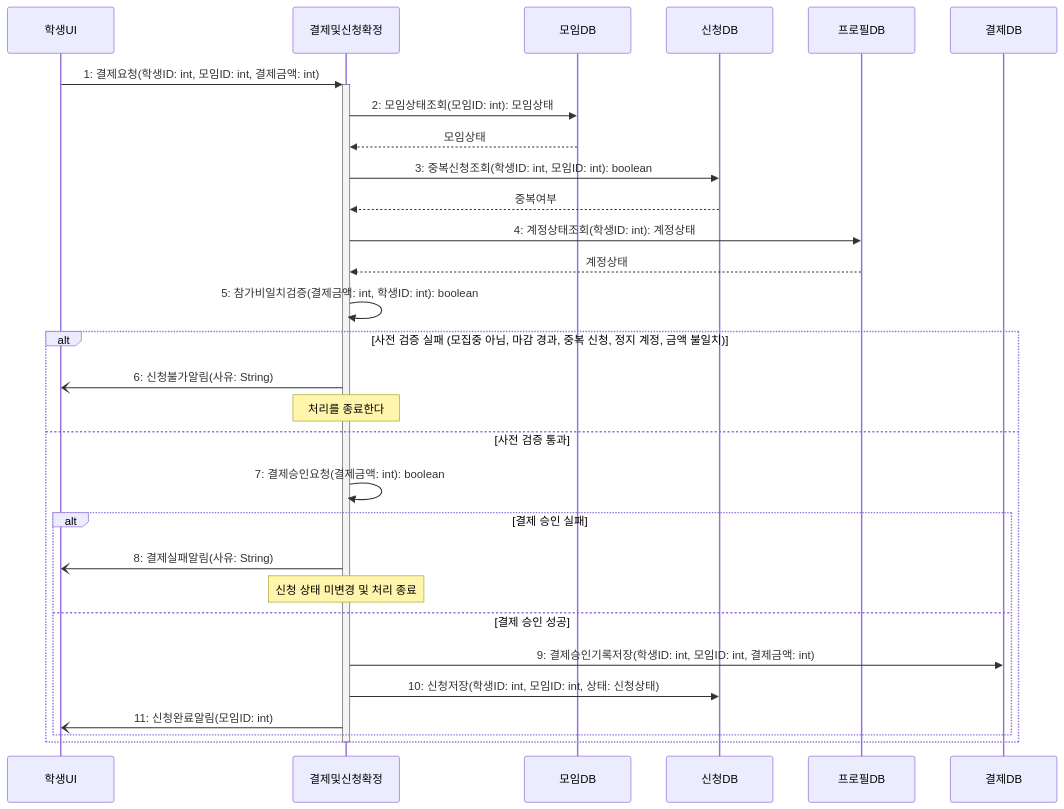
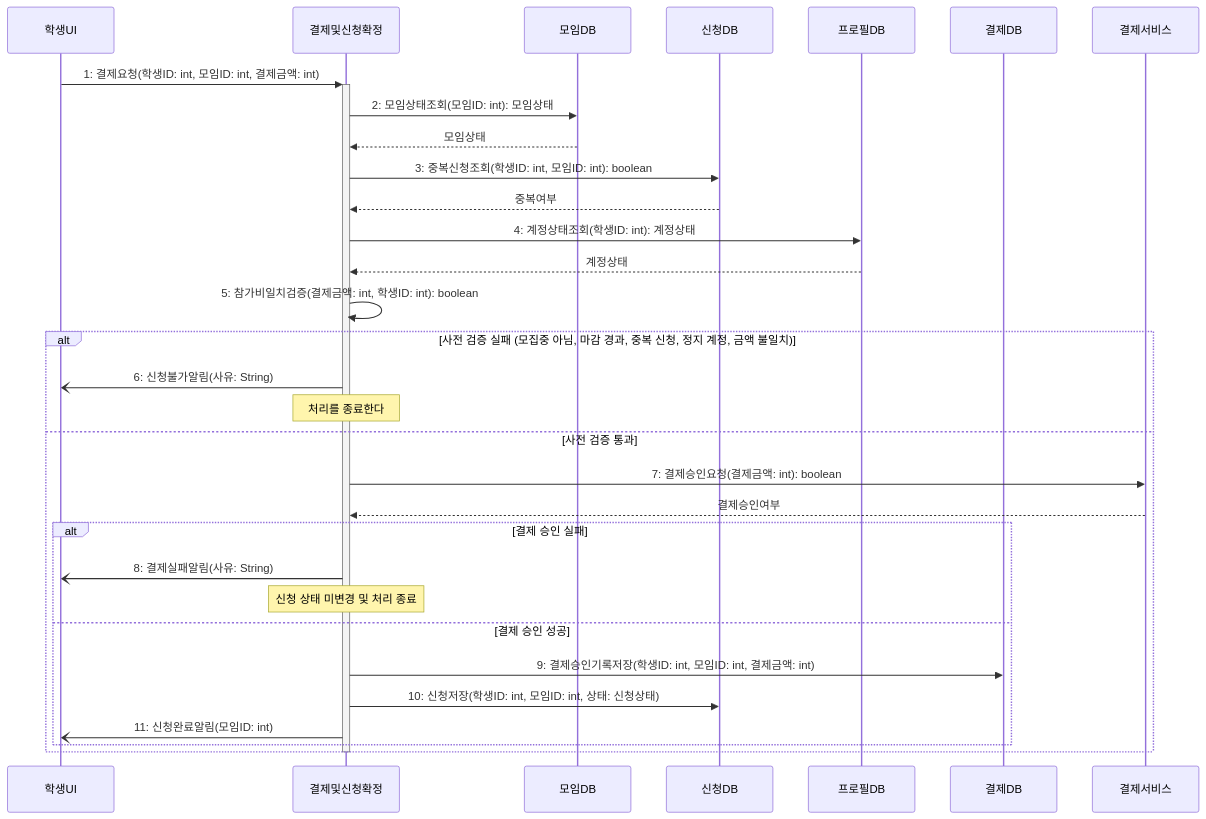
One commit to hojae3/sw-engineering-16 changed the diagram in sequence/seq-02-2.md. Above: the diagram before and after it, drawn with Mermaid. The commit also changed other lines of this file and 7 other files, not shown here.

````diff
--- a/sequence/seq-02-2.md
+++ b/sequence/seq-02-2.md
@@ -25,35 +26,37 @@
 ```mermaid
 sequenceDiagram
     participant 학생UI as 학생UI
     participant 결제 as 결제및신청확정
     participant 모임DB as 모임DB
     participant 신청DB as 신청DB
     participant 프로필DB as 프로필DB
     participant 결제DB as 결제DB
+    participant 결제서비스 as 결제서비스
 
     학생UI->>+결제: 1: 결제요청(학생ID: int, 모임ID: int, 결제금액: int)
     결제->>모임DB: 2: 모임상태조회(모임ID: int): 모임상태
     모임DB-->>결제: 모임상태
     결제->>신청DB: 3: 중복신청조회(학생ID: int, 모임ID: int): boolean
     신청DB-->>결제: 중복여부
     결제->>프로필DB: 4: 계정상태조회(학생ID: int): 계정상태
     프로필DB-->>결제: 계정상태
     결제->>결제: 5: 참가비일치검증(결제금액: int, 학생ID: int): boolean
 
     alt 사전 검증 실패 (모집중 아님, 마감 경과, 중복 신청, 정지 계정, 금액 불일치)
         결제-)학생UI: 6: 신청불가알림(사유: String)
         Note over 결제: 처리를 종료한다
     else 사전 검증 통과
-        결제->>결제: 7: 결제승인요청(결제금액: int): boolean
+        결제->>결제서비스: 7: 결제승인요청(결제금액: int): boolean
+        결제서비스-->>결제: 결제승인여부
 
         alt 결제 승인 실패
             결제-)학생UI: 8: 결제실패알림(사유: String)
             Note over 결제: 신청 상태 미변경 및 처리 종료
         else 결제 승인 성공
             결제->>결제DB: 9: 결제승인기록저장(학생ID: int, 모임ID: int, 결제금액: int)
             결제->>신청DB: 10: 신청저장(학생ID: int, 모임ID: int, 상태: 신청상태)
             결제-)학생UI: 11: 신청완료알림(모임ID: int)
         end
     end
     deactivate 결제
 ```
````
